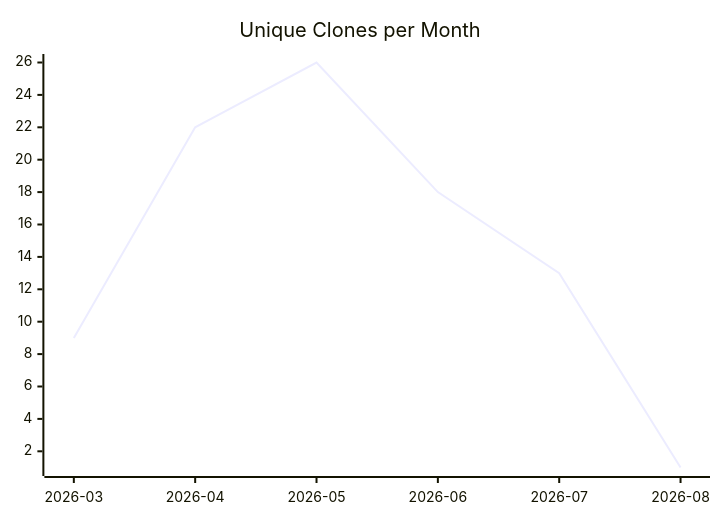
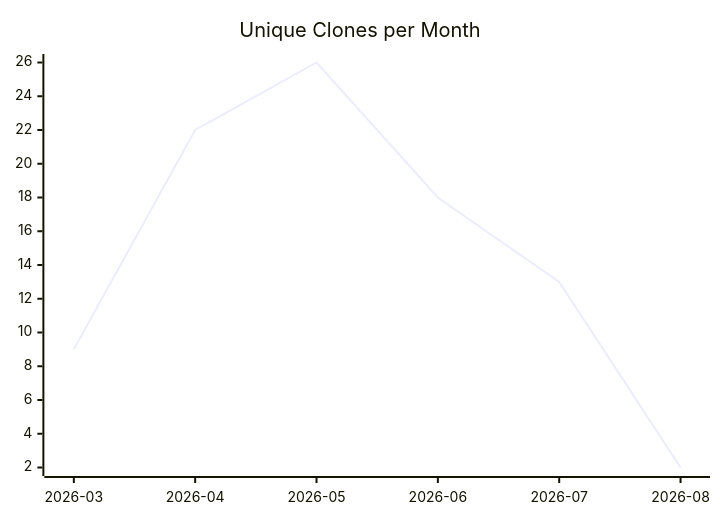
One commit to justdavis-family/github-analytics-data changed the third of 3 diagrams in karlmdavis/lego-ev3dev-rs/README.md. Above: the diagram before and after it, drawn with Mermaid. The commit also changed other lines of this file and 184 other files, not shown here.

````diff
--- a/karlmdavis/lego-ev3dev-rs/README.md
+++ b/karlmdavis/lego-ev3dev-rs/README.md
@@ -19,6 +19,6 @@
 ```mermaid
 xychart-beta
   title "Unique Clones per Month"
   x-axis ["2026-03", "2026-04", "2026-05", "2026-06", "2026-07", "2026-08"]
-  line [9, 22, 26, 18, 13, 1]
+  line [9, 22, 26, 18, 13, 2]
 ```
````
